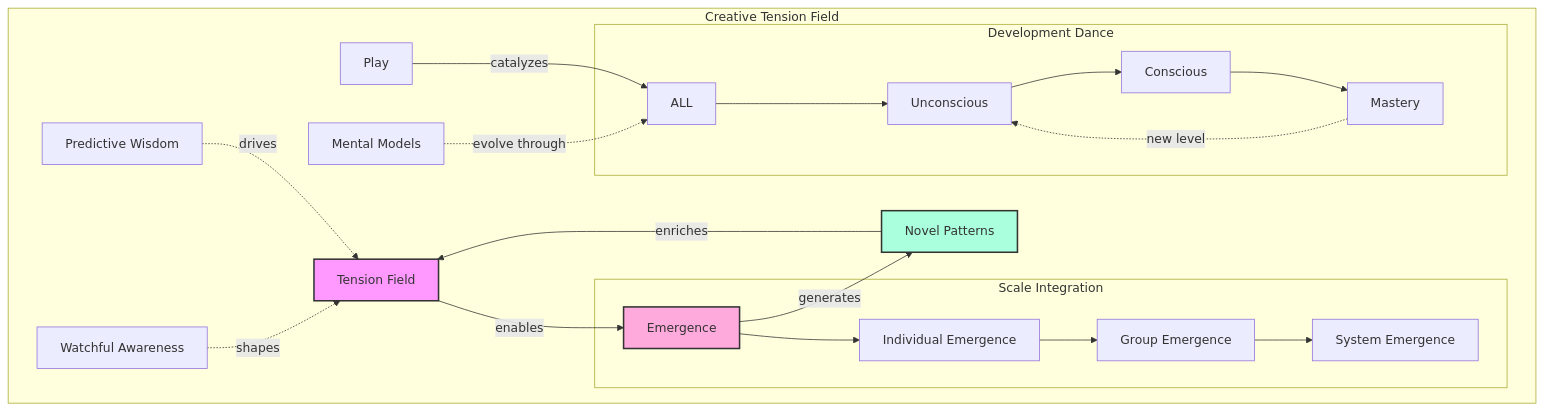
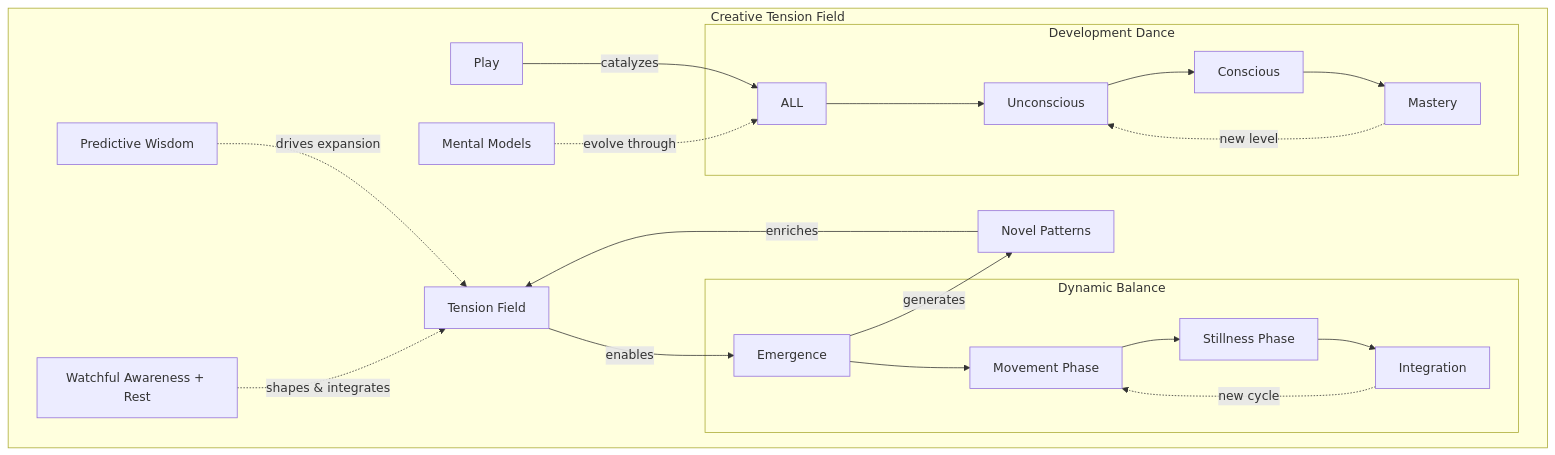
Before and after one commit to phillipclapham/neuroweaver: the fifth of 53 diagrams in README.md, drawn with Mermaid. The commit also changed other lines of this file, not shown here.

````diff
--- a/README.md
+++ b/README.md
@@ -331,31 +293,28 @@
 ```mermaid
 graph TD
     subgraph "Creative Tension Field"
         T[Tension Field] -->|enables| E[Emergence]
         E -->|generates| N[Novel Patterns]
         N -->|enriches| T
 
-        PW[Predictive Wisdom] -.->|drives| T
-        WA[Watchful Awareness] -.->|shapes| T
+        PW[Predictive Wisdom] -.->|drives expansion| T
+        WA_R[Watchful Awareness + Rest] -.->|shapes & integrates| T
         Play[Play] -->|catalyzes| ALL
 
-        subgraph "Scale Integration"
-            E --> I[Individual Emergence]
-            I --> G[Group Emergence]
-            G --> S[System Emergence]
+        subgraph "Dynamic Balance"
+            E --> M[Movement Phase]
+            M --> S[Stillness Phase]
+            S --> I[Integration]
+            I -.->|new cycle| M
         end
 
         subgraph "Development Dance"
             ALL --> U[Unconscious]
             U --> C[Conscious]
-            C --> M[Mastery]
-            M -.->|new level| U
+            C --> M2[Mastery]
+            M2 -.->|new level| U
         end
 
         MM[Mental Models] -.->|evolve through| ALL
     end
-
-    style T fill:#f9f,stroke:#333,stroke-width:2px
-    style E fill:#fad,stroke:#333,stroke-width:2px
-    style N fill:#afd,stroke:#333,stroke-width:2px
 ```
````
